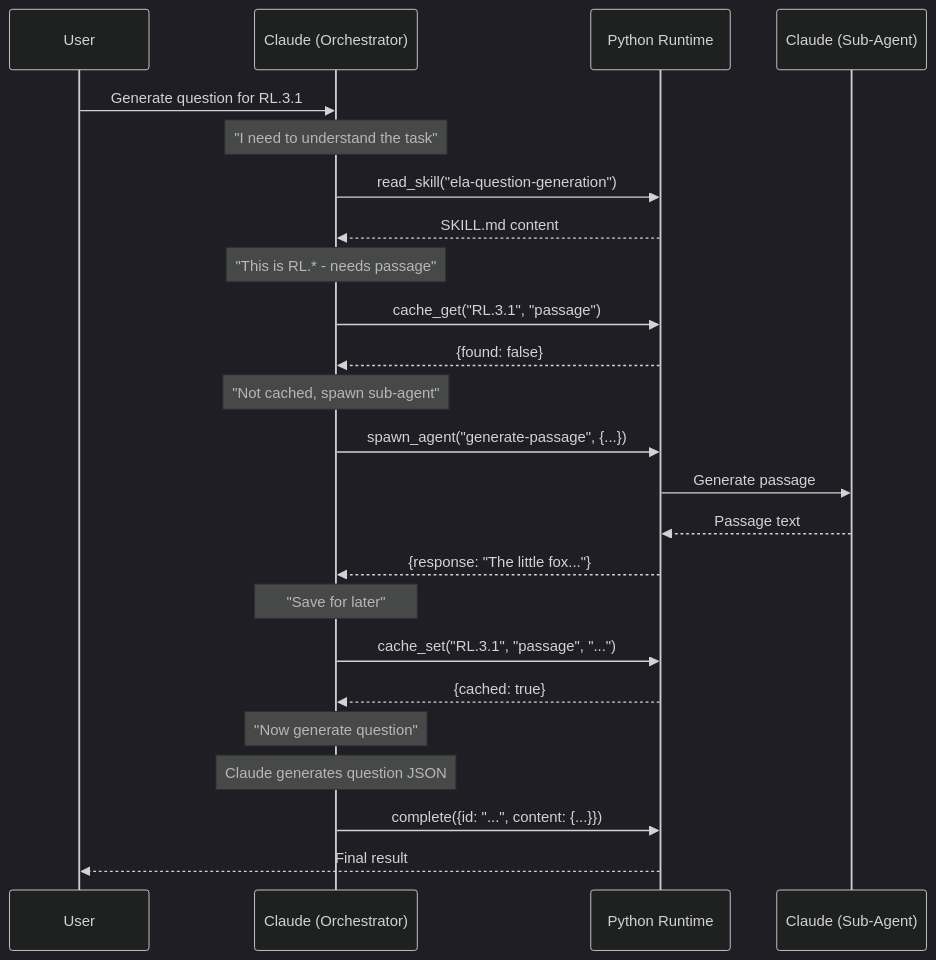
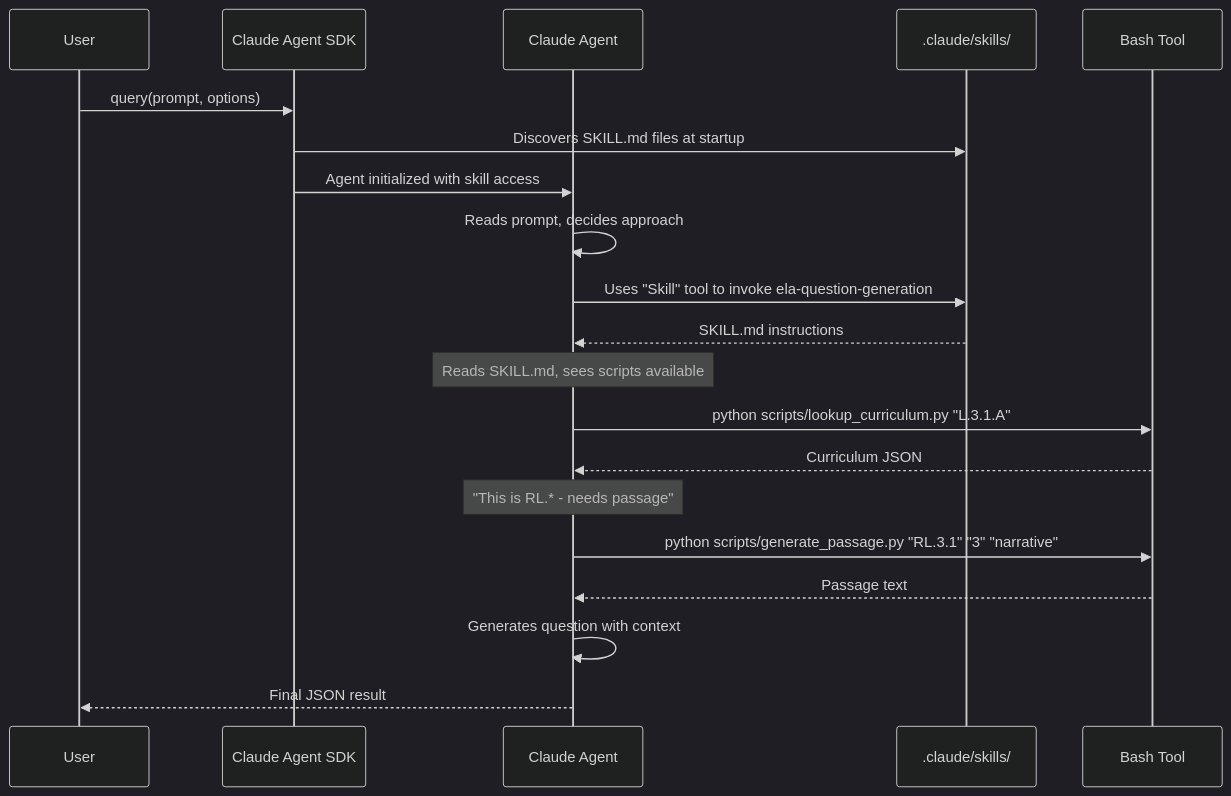
The diagram in agent_sdk_v2/README.md (ayushmishra-ti/edullm-ela-experiments), drawn with Mermaid (dark theme) before and after one commit. The commit also changed other lines of this file and 3 other files, not shown here.

Commit message:
Refactor agent_sdk_v2 to use Claude Agent SDK correctly - Skills discovered automatically via setting_sources, no manual SKILL.md loading

````diff
--- a/agent_sdk_v2/README.md
+++ b/agent_sdk_v2/README.md
@@ -18,33 +9,28 @@
 ```mermaid
 sequenceDiagram
     participant User
-    participant Claude as Claude (Orchestrator)
-    participant Runtime as Python Runtime
-    participant SubAgent as Claude (Sub-Agent)
+    participant SDK as Claude Agent SDK
+    participant Agent as Claude Agent
+    participant Skills as .claude/skills/
+    participant Bash as Bash Tool
 
-    User->>Claude: Generate question for RL.3.1
+    User->>SDK: query(prompt, options)
+    SDK->>Skills: Discovers SKILL.md files at startup
+    SDK->>Agent: Agent initialized with skill access
     
-    Note over Claude: "I need to understand the task"
-    Claude->>Runtime: read_skill("ela-question-generation")
-    Runtime-->>Claude: SKILL.md content
+    Agent->>Agent: Reads prompt, decides approach
+    Agent->>Skills: Uses "Skill" tool to invoke ela-question-generation
+    Skills-->>Agent: SKILL.md instructions
     
-    Note over Claude: "This is RL.* - needs passage"
-    Claude->>Runtime: cache_get("RL.3.1", "passage")
-    Runtime-->>Claude: {found: false}
+    Note over Agent: Reads SKILL.md, sees scripts available
     
-    Note over Claude: "Not cached, spawn sub-agent"
-    Claude->>Runtime: spawn_agent("generate-passage", {...})
-    Runtime->>SubAgent: Generate passage
-    SubAgent-->>Runtime: Passage text
-    Runtime-->>Claude: {response: "The little fox..."}
+    Agent->>Bash: python scripts/lookup_curriculum.py "L.3.1.A"
+    Bash-->>Agent: Curriculum JSON
     
-    Note over Claude: "Save for later"
-    Claude->>Runtime: cache_set("RL.3.1", "passage", "...")
-    Runtime-->>Claude: {cached: true}
+    Note over Agent: "This is RL.* - needs passage"
+    Agent->>Bash: python scripts/generate_passage.py "RL.3.1" "3" "narrative"
+    Bash-->>Agent: Passage text
     
-    Note over Claude: "Now generate question"
-    Note over Claude: Claude generates question JSON
-    
-    Claude->>Runtime: complete({id: "...", content: {...}})
-    Runtime-->>User: Final result
+    Agent->>Agent: Generates question with context
+    Agent-->>User: Final JSON result
 ```
````
